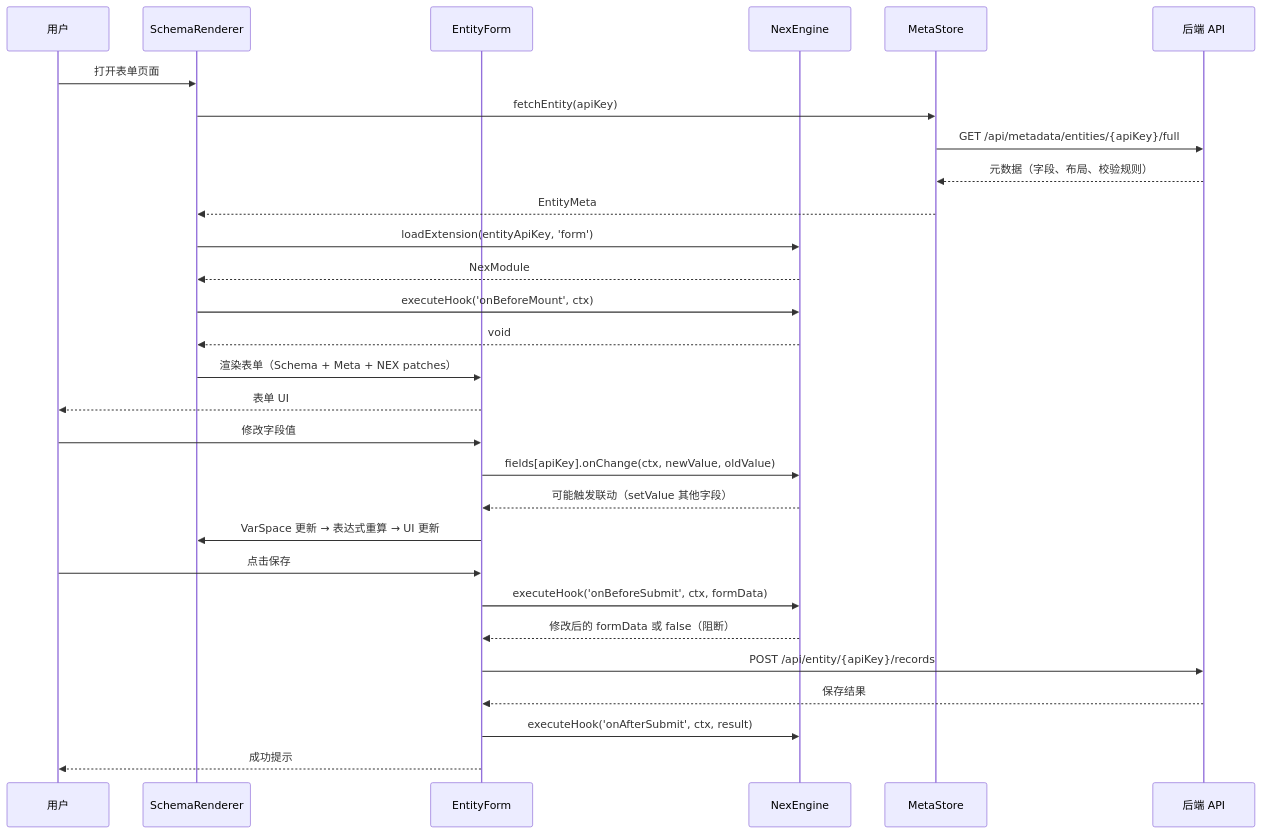
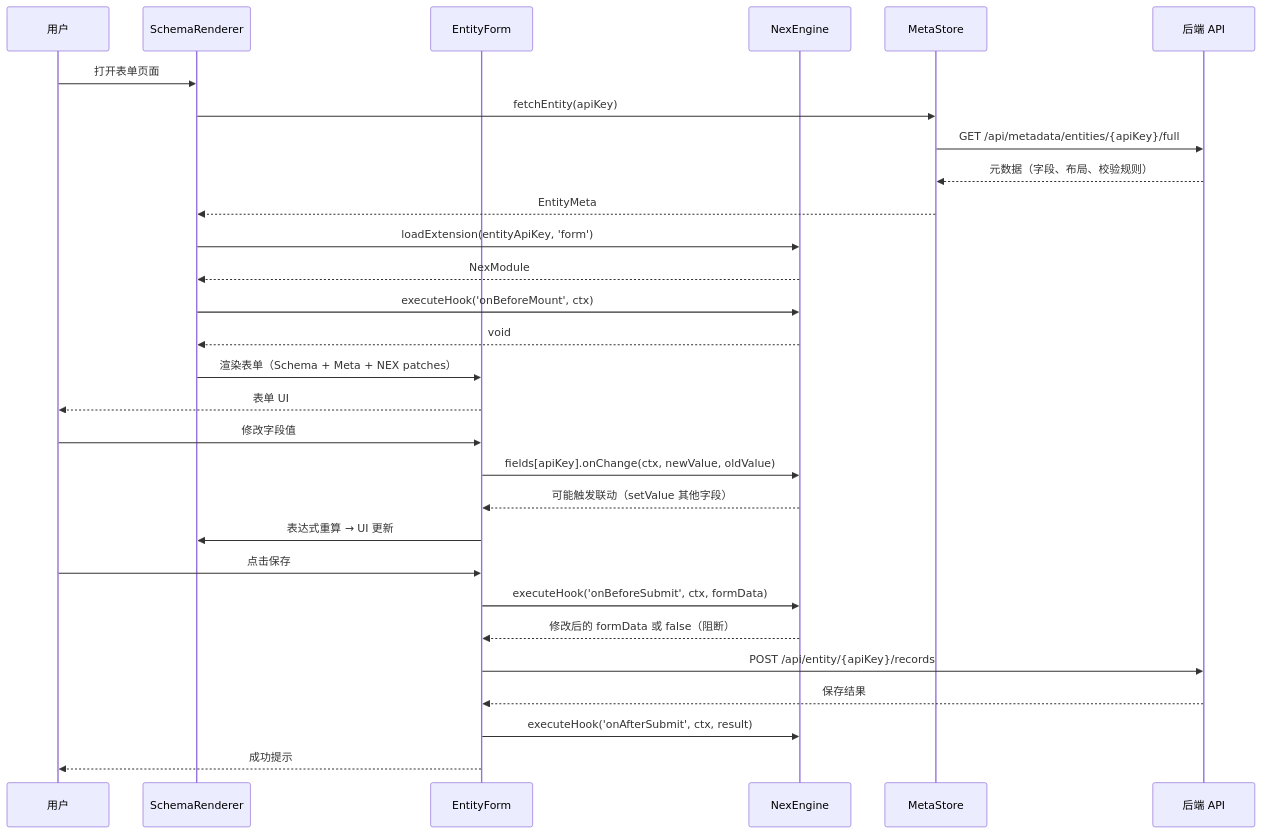
One commit to chengqipeng/ai-pm-team changed the fourth of 6 diagrams in product-specs/frontend-framework/新一代前端框架设计方案.md. Above: the diagram before and after it, drawn with Mermaid. The commit also changed other lines of this file and 4 other files, not shown here.

````diff
--- a/product-specs/frontend-framework/新一代前端框架设计方案.md
+++ b/product-specs/frontend-framework/新一代前端框架设计方案.md
@@ -1179,37 +1138,37 @@
 ```mermaid
 sequenceDiagram
     participant U as 用户
     participant SR as SchemaRenderer
     participant EF as EntityForm
     participant NEX as NexEngine
     participant MS as MetaStore
     participant API as 后端 API
 
     U->>SR: 打开表单页面
     SR->>MS: fetchEntity(apiKey)
     MS->>API: GET /api/metadata/entities/{apiKey}/full
     API-->>MS: 元数据（字段、布局、校验规则）
     MS-->>SR: EntityMeta
 
     SR->>NEX: loadExtension(entityApiKey, 'form')
     NEX-->>SR: NexModule
 
     SR->>NEX: executeHook('onBeforeMount', ctx)
     NEX-->>SR: void
 
     SR->>EF: 渲染表单（Schema + Meta + NEX patches）
     EF-->>U: 表单 UI
 
     U->>EF: 修改字段值
     EF->>NEX: fields[apiKey].onChange(ctx, newValue, oldValue)
     NEX-->>EF: 可能触发联动（setValue 其他字段）
-    EF->>SR: VarSpace 更新 → 表达式重算 → UI 更新
+    EF->>SR: 表达式重算 → UI 更新
 
     U->>EF: 点击保存
     EF->>NEX: executeHook('onBeforeSubmit', ctx, formData)
     NEX-->>EF: 修改后的 formData 或 false（阻断）
     EF->>API: POST /api/entity/{apiKey}/records
     API-->>EF: 保存结果
     EF->>NEX: executeHook('onAfterSubmit', ctx, result)
     EF-->>U: 成功提示
 ```
````
